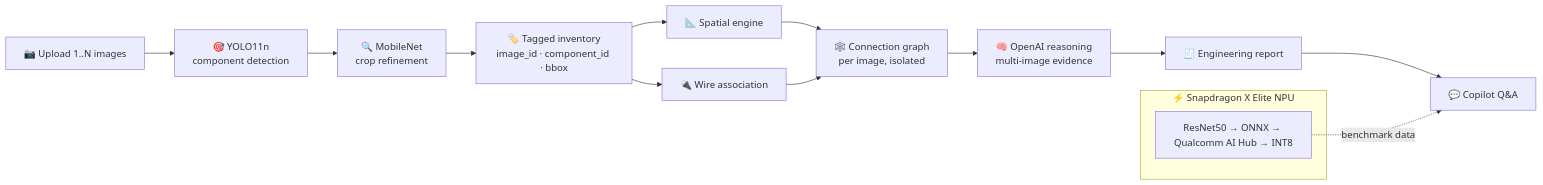
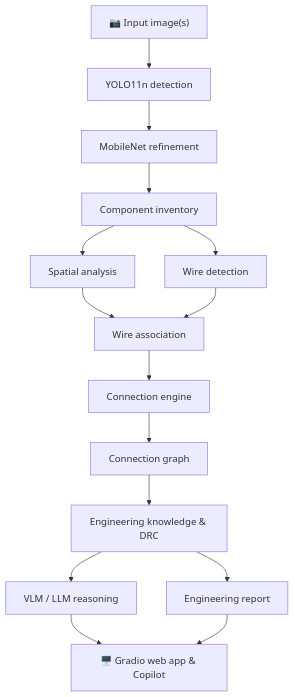
The diagram in README.md (iblamepuru/SnapLabAI), drawn with Mermaid before and after one commit. The commit also changed other lines of this file, not shown here.

````diff
--- a/README.md
+++ b/README.md
@@ -107,18 +84,17 @@
 ```mermaid
-flowchart LR
-    A[📷 Upload 1..N images] --> B[🎯 YOLO11n<br/>component detection]
-    B --> C[🔍 MobileNet<br/>crop refinement]
-    C --> D[🏷️ Tagged inventory<br/>image_id · component_id · bbox]
-    D --> E[📐 Spatial engine]
-    D --> F[🔌 Wire association]
-    E --> G[🕸️ Connection graph<br/>per image, isolated]
+flowchart TD
+    A["📷 Input image(s)"] --> B[YOLO11n detection]
+    B --> C[MobileNet refinement]
+    C --> D[Component inventory]
+    D --> E[Spatial analysis]
+    D --> F[Wire detection]
+    E --> G[Wire association]
     F --> G
-    G --> H[🧠 OpenAI reasoning<br/>multi-image evidence]
-    H --> I[🧾 Engineering report]
-    I --> J[💬 Copilot Q&A]
-
-    subgraph NPU[⚡ Snapdragon X Elite NPU]
-      K[ResNet50 → ONNX → Qualcomm AI Hub → INT8]
-    end
-    K -. benchmark data .-> J
+    G --> H[Connection engine]
+    H --> I[Connection graph]
+    I --> J[Engineering knowledge & DRC]
+    J --> K[VLM / LLM reasoning]
+    J --> L[Engineering report]
+    K --> M["🖥️ Gradio web app & Copilot"]
+    L --> M
 ```
````
